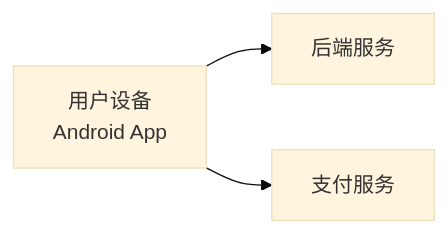
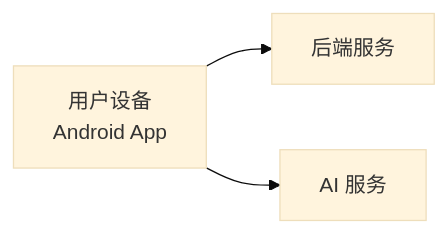
The sixth of 6 diagrams in frontend/Android/docs/architecture.md (yu086868-ui/iStudySpot), drawn with Mermaid (base theme) before and after one commit. The commit also changed other lines of this file and 25 other files, not shown here.

````diff
--- a/frontend/Android/docs/architecture.md
+++ b/frontend/Android/docs/architecture.md
@@ -736,10 +246,5 @@
 ```mermaid
 flowchart LR
-
-UserDevice[用户设备<br/>Android App]
-Backend[后端服务]
-Payment[支付服务]
-
-UserDevice --> Backend
-UserDevice --> Payment
+    UserDevice[用户设备<br/>Android App] --> Backend[后端服务]
+    UserDevice --> AIService[AI 服务]
 ```
````
